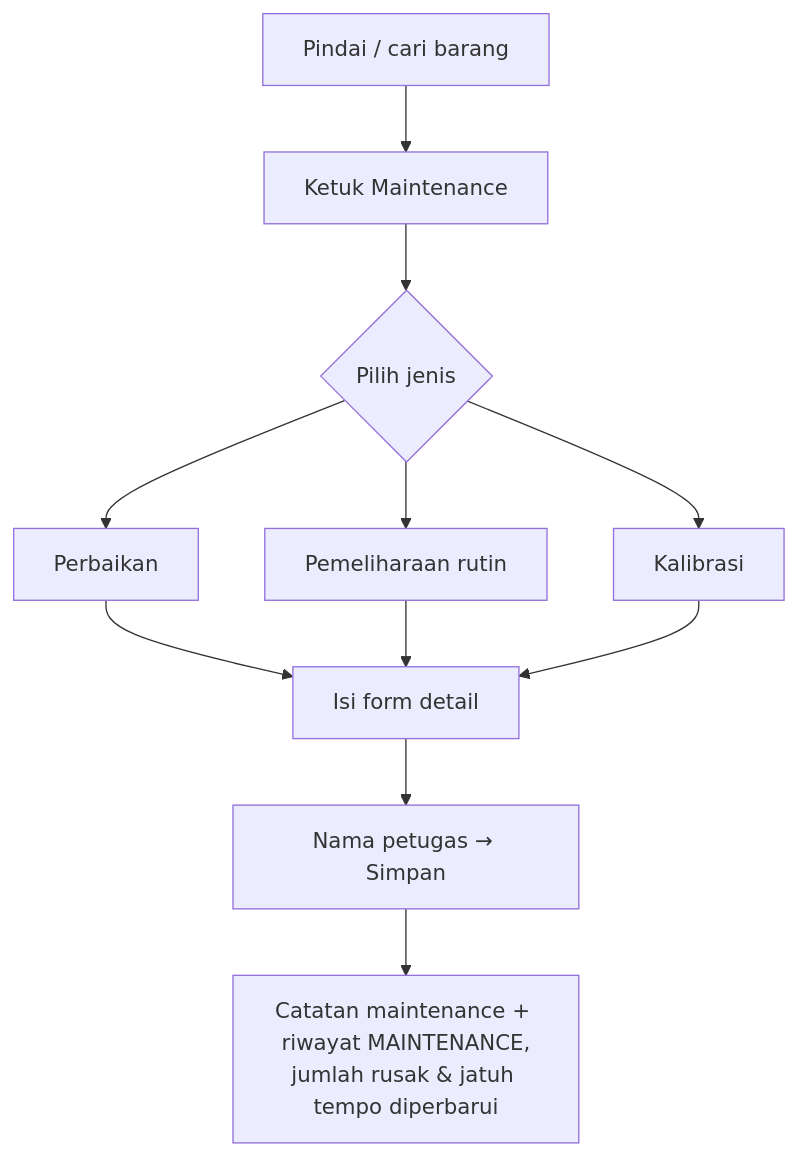
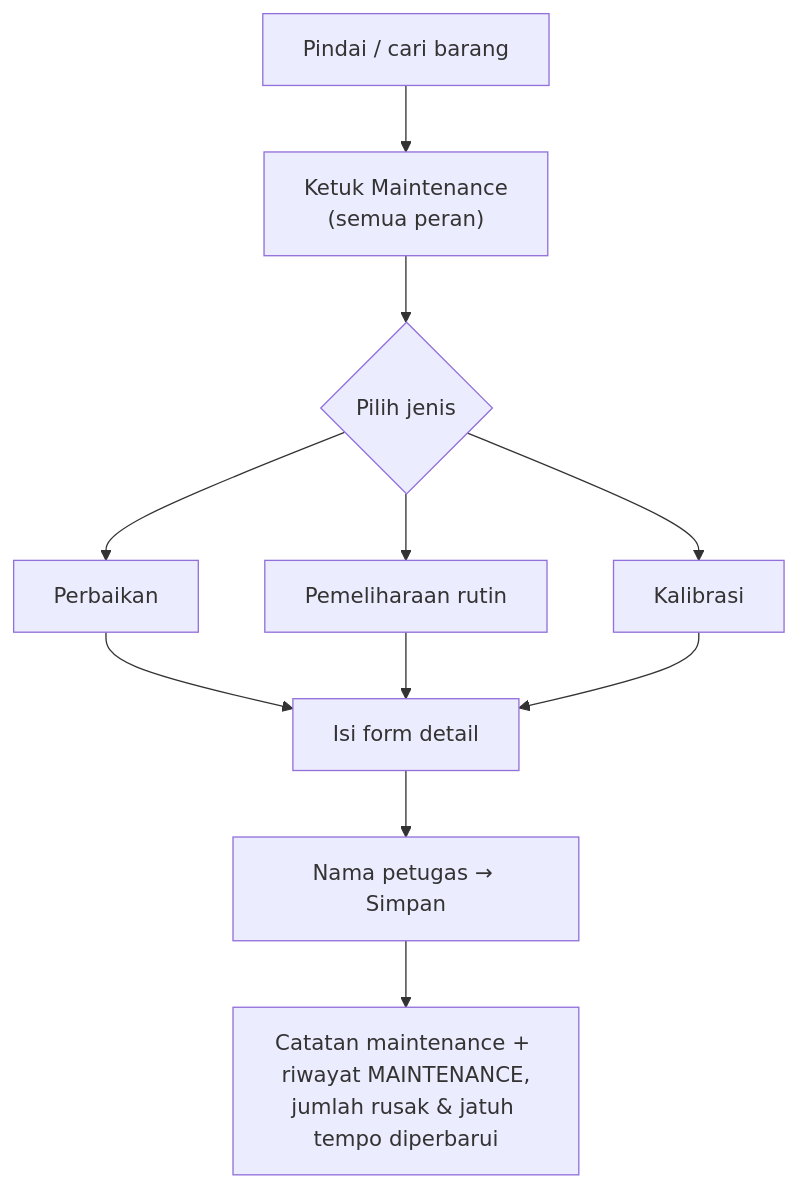
One commit to mferdinandr/inventory-management changed the fourth of 4 diagrams in docs/05-user-flows.md. Above: the diagram before and after it, drawn with Mermaid. The commit also changed other lines of this file and 4 other files, not shown here.

First line of the commit message:
docs: update user flows, RBAC and notes for stationary non-sterile items

````diff
--- a/docs/05-user-flows.md
+++ b/docs/05-user-flows.md
@@ -89,13 +91,13 @@
 ```mermaid
 flowchart TD
-    A["Pindai / cari barang"] --> B["Ketuk Maintenance"]
+    A["Pindai / cari barang"] --> B["Ketuk Maintenance<br/>(semua peran)"]
     B --> C{"Pilih jenis"}
     C --> D["Perbaikan"]
     C --> E["Pemeliharaan rutin"]
     C --> F["Kalibrasi"]
     D --> G["Isi form detail"]
     E --> G
     F --> G
     G --> H["Nama petugas → Simpan"]
     H --> I["Catatan maintenance + riwayat MAINTENANCE,<br/>jumlah rusak & jatuh tempo diperbarui"]
 ```
````
